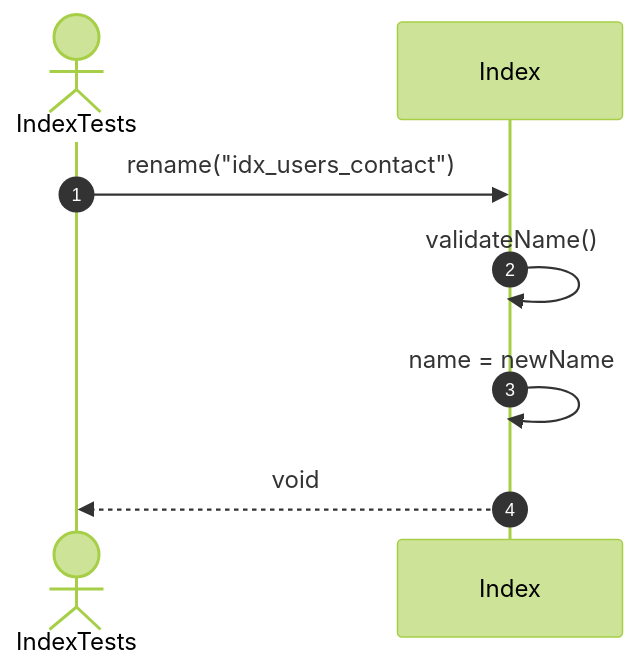
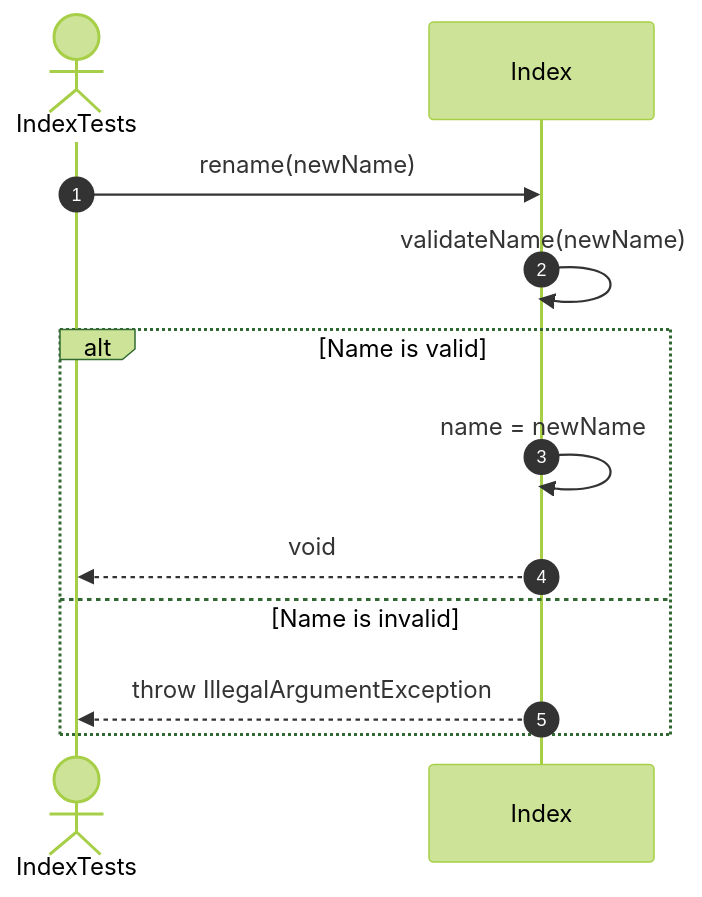
One commit to FhuAnn/-bbv-AN-s-DBMS changed diagram 12 of 50 in src/tests/unit/metadata/sequences/indexs-testing.se.md. Above: the diagram before and after it, drawn with Mermaid (forest theme). The commit also changed other lines of this file and 9 other files, not shown here.

````diff
--- a/src/tests/unit/metadata/sequences/indexs-testing.se.md
+++ b/src/tests/unit/metadata/sequences/indexs-testing.se.md
@@ -43,11 +205,15 @@
 ```mermaid
 sequenceDiagram
     autonumber
     actor Test as IndexTests
     participant Index as Index
 
-    Test->>Index: rename("idx_users_contact")
-    Index->>Index: validateName()
+    Test->>Index: rename(newName)
+    Index->>Index: validateName(newName)
+    alt Name is valid
     Index->>Index: name = newName
     Index-->>Test: void
+    else Name is invalid
+    Index-->>Test: throw IllegalArgumentException
+    end
 ```
````
